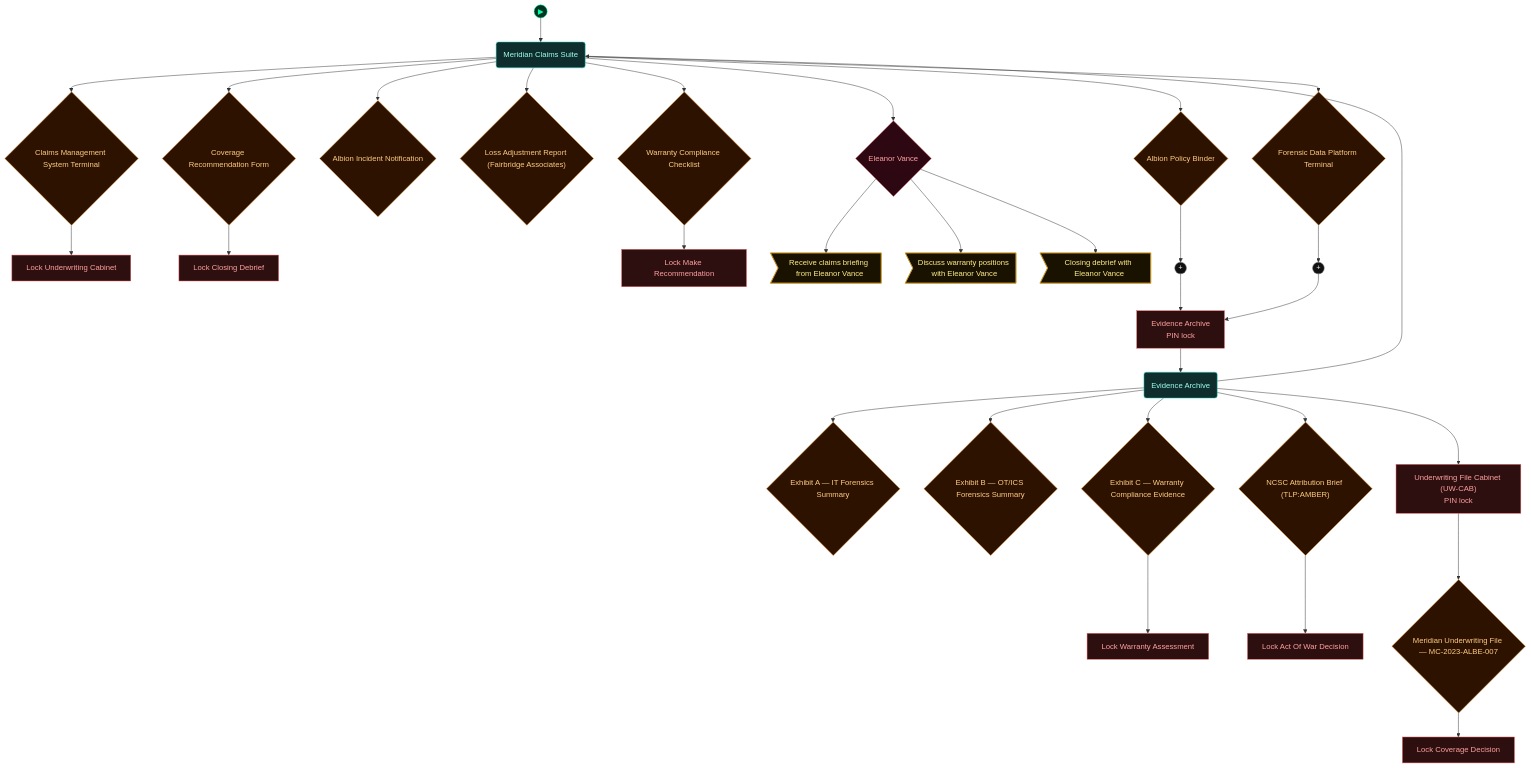
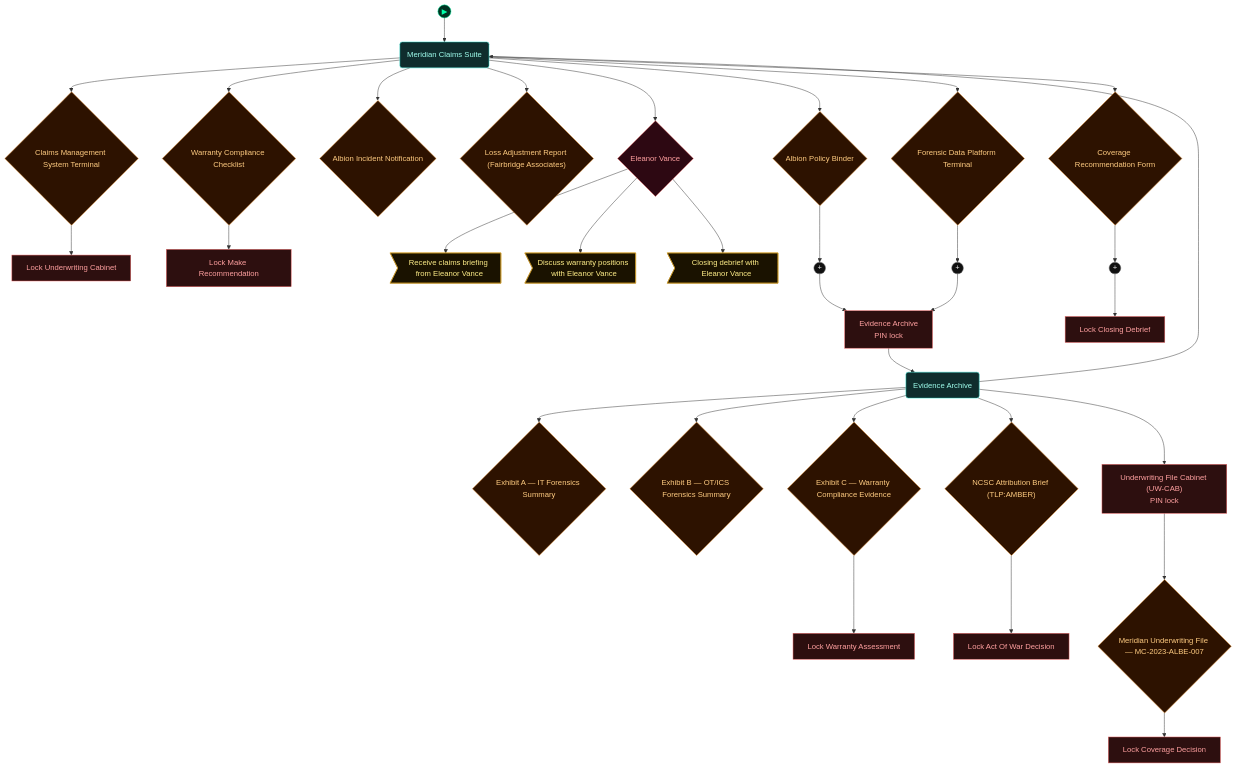
The first of 5 diagrams in scenarios/sis03_cyber_insurance/dungeon_graph.md (alixthegreat/BreakEscape), drawn with Mermaid before and after one commit. The commit also changed other lines of this file and 20 other files, not shown here.

````diff
--- a/scenarios/sis03_cyber_insurance/dungeon_graph.md
+++ b/scenarios/sis03_cyber_insurance/dungeon_graph.md
@@ -78,7 +78,6 @@
   albion_incident_notification{"Albion Incident Notification"}
   loss_adjustment_report_fairbridge_associates{"Loss Adjustment Report (Fairbridge Associates)"}
   coverage_recommendation_form{"Coverage Recommendation Form"}
-  lock_lock_closing_debrief["Lock Closing Debrief"]
   warranty_compliance_checklist{"Warranty Compliance Checklist"}
   lock_lock_make_recommendation["Lock Make Recommendation"]
   forensic_data_platform_terminal{"Forensic Data Platform Terminal"}
@@ -97,6 +96,8 @@
   lock_lock_coverage_decision["Lock Coverage Decision"]
   andgate1((" + "))
   andgate2((" + "))
+  lock_lock_closing_debrief["Lock Closing Debrief"]
+  andgate3((" + "))
 
   door_meridian_evidence_archive --> meridian_evidence_archive
   meridian_claims_suite --> claims_management_system_terminal
@@ -105,7 +106,6 @@
   meridian_claims_suite --> albion_incident_notification
   meridian_claims_suite --> loss_adjustment_report_fairbridge_associates
   meridian_claims_suite --> coverage_recommendation_form
-  coverage_recommendation_form --> lock_lock_closing_debrief
   meridian_claims_suite --> warranty_compliance_checklist
   warranty_compliance_checklist --> lock_lock_make_recommendation
   meridian_claims_suite --> forensic_data_platform_terminal
@@ -124,15 +124,17 @@
   meridian_underwriting_file_mc_2023_albe_007 --> lock_lock_coverage_decision
   andgate1 --> door_meridian_evidence_archive
   albion_policy_binder --> andgate1
-  andgate2 --> door_meridian_evidence_archive
-  forensic_data_platform_terminal --> andgate2
+  andgate2 --> lock_lock_closing_debrief
+  coverage_recommendation_form --> andgate2
+  andgate3 --> door_meridian_evidence_archive
+  forensic_data_platform_terminal --> andgate3
   meridian_evidence_archive --> meridian_claims_suite
 
-  class door_meridian_evidence_archive,lock_lock_underwriting_cabinet,lock_lock_closing_debrief,lock_lock_make_recommendation,lock_lock_warranty_assessment,lock_lock_act_of_war_decision,lock_underwriting_cabinet,lock_lock_coverage_decision lock
+  class door_meridian_evidence_archive,lock_lock_underwriting_cabinet,lock_lock_make_recommendation,lock_lock_warranty_assessment,lock_lock_act_of_war_decision,lock_underwriting_cabinet,lock_lock_coverage_decision,lock_lock_closing_debrief lock
   class meridian_evidence_archive,meridian_claims_suite room
   class claims_management_system_terminal,albion_policy_binder,albion_incident_notification,loss_adjustment_report_fairbridge_associates,coverage_recommendation_form,warranty_compliance_checklist,forensic_data_platform_terminal,exhibit_a_it_forensics_summary,exhibit_b_ot_ics_forensics_summary,exhibit_c_warranty_compliance_evidence,ncsc_attribution_brief_tlp_amber,meridian_underwriting_file_mc_2023_albe_007 item
   class npc_eleanor_vance key
   class action_receive_claim_briefing,action_discuss_warranty_positions,action_closing_debrief_with_eleanor action
-  class andgate1,andgate2 gate
+  class andgate1,andgate2,andgate3 gate
   class node_start start
 ```
````
